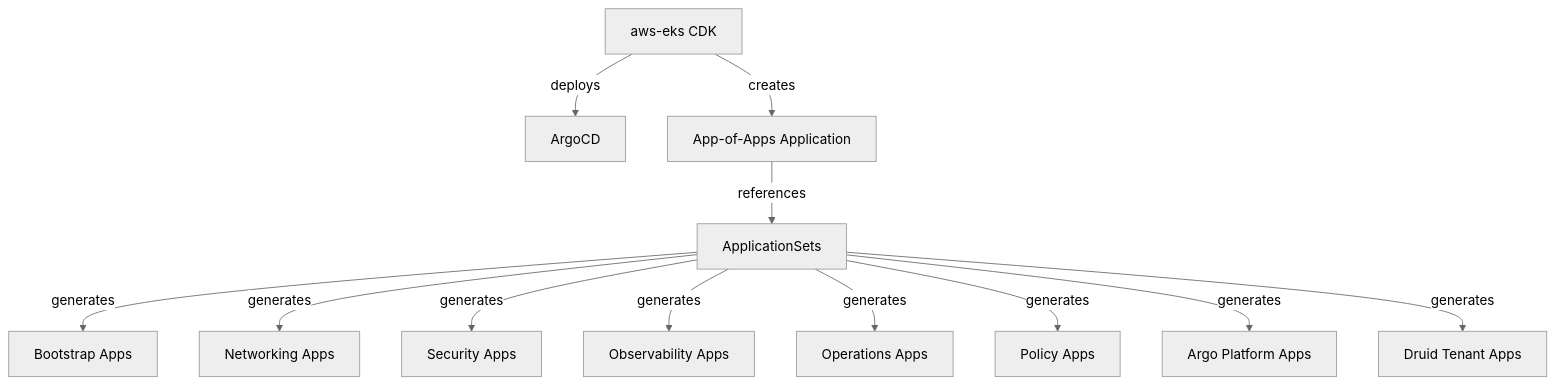
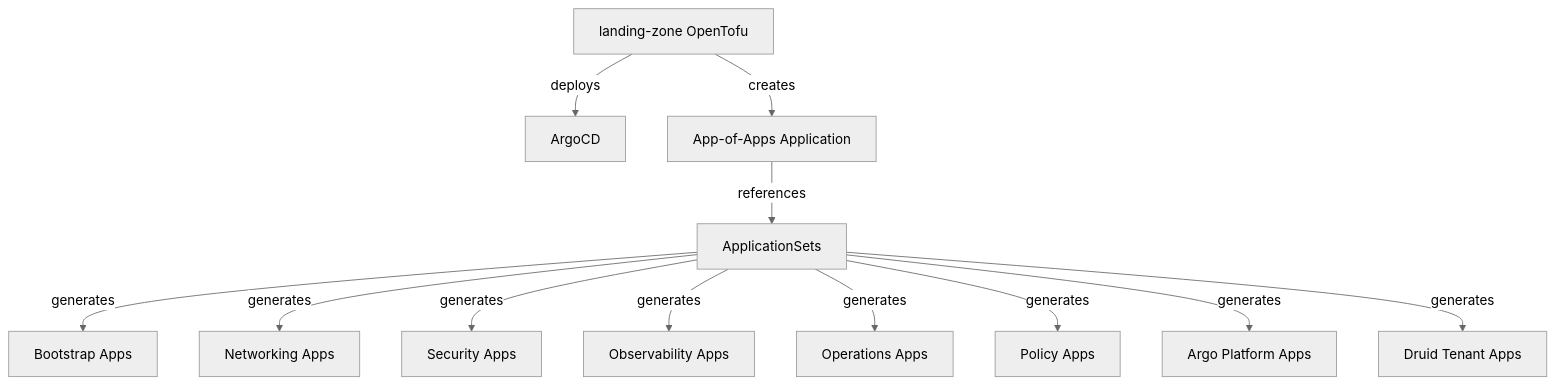
Before and after one commit to nanohype/eks-gitops: the first of 2 diagrams in docs/architecture/overview.md, drawn with Mermaid (neutral theme). The commit also changed other lines of this file and 2 other files, not shown here.

Commit message:
docs: correct phantom companion-repo references (aws-eks/CDK → landing-zone)
The README, CLAUDE, and architecture overview pointed at a non-existent `aws-eks`
(CDK) repo as the provisioner and listed a non-existent `gke-gitops` catalog in the
multi-cloud strategy. The real provisioner is `landing-zone` (OpenTofu/Terragrunt) —
it deploys the cloud substrate + Cilium + ArgoCD and creates the App-of-Apps that
points here — and the GitOps catalogs are eks-gitops + aks-gitops (there is no GKE
catalog).

- aws-eks (CDK) → landing-zone (OpenTofu/Terragrunt), incl. the mermaid node and the
  "deployed by CDK" / "set by CDK" prose.
- Dropped gke-gitops from the multi-cloud-strategy lists.

The `aws-eks-*-backups` strings in environments.md are left as-is — those are actual
S3 bucket names matching the velero config, not repo references.

````diff
--- a/docs/architecture/overview.md
+++ b/docs/architecture/overview.md
@@ -7,14 +7,14 @@
 ```mermaid
 graph TD
-    CDK[aws-eks CDK] -->|deploys| ArgoCD
-    CDK -->|creates| AppOfApps[App-of-Apps Application]
+    IaC[landing-zone OpenTofu] -->|deploys| ArgoCD
+    IaC -->|creates| AppOfApps[App-of-Apps Application]
     AppOfApps -->|references| AppSets[ApplicationSets]
     AppSets -->|generates| BootApps[Bootstrap Apps]
     AppSets -->|generates| NetApps[Networking Apps]
     AppSets -->|generates| SecApps[Security Apps]
     AppSets -->|generates| ObsApps[Observability Apps]
     AppSets -->|generates| OpsApps[Operations Apps]
     AppSets -->|generates| PolApps[Policy Apps]
     AppSets -->|generates| ArgoApps[Argo Platform Apps]
     AppSets -->|generates| DruidApps[Druid Tenant Apps]
 ```
````
